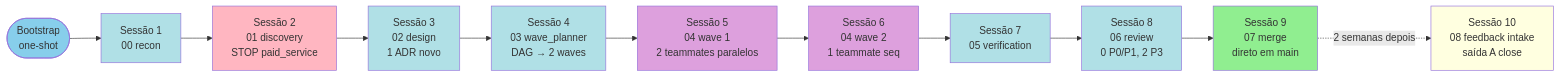
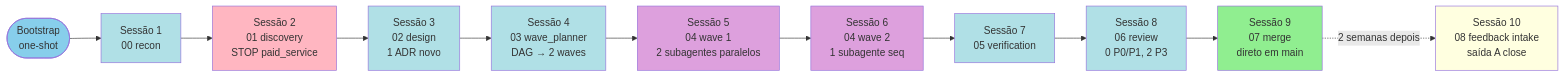
One commit to gcunharodrigues/xp-icm-workflow changed the diagram in references/example-run.md. Above: the diagram before and after it, drawn with Mermaid. The commit also changed other lines of this file and 59 other files, not shown here.

````diff
--- a/references/example-run.md
+++ b/references/example-run.md
@@ -23,25 +23,25 @@
 ```mermaid
 flowchart LR
     BOOT([Bootstrap<br/>one-shot]) --> S1[Sessão 1<br/>00 recon]
     S1 --> S2[Sessão 2<br/>01 discovery<br/>STOP paid_service]
     S2 --> S3[Sessão 3<br/>02 design<br/>1 ADR novo]
     S3 --> S4[Sessão 4<br/>03 wave_planner<br/>DAG → 2 waves]
-    S4 --> S5[Sessão 5<br/>04 wave 1<br/>2 teammates paralelos]
-    S5 --> S6[Sessão 6<br/>04 wave 2<br/>1 teammate seq]
+    S4 --> S5[Sessão 5<br/>04 wave 1<br/>2 subagentes paralelos]
+    S5 --> S6[Sessão 6<br/>04 wave 2<br/>1 subagente seq]
     S6 --> S7[Sessão 7<br/>05 verification]
     S7 --> S8[Sessão 8<br/>06 review<br/>0 P0/P1, 2 P3]
     S8 --> S9[Sessão 9<br/>07 merge<br/>direto em main]
     S9 -.->|2 semanas depois| S10[Sessão 10<br/>08 feedback intake<br/>saída A close]
 
     style BOOT fill:#87CEEB
     style S1 fill:#B0E0E6
     style S2 fill:#FFB6C1
     style S3 fill:#B0E0E6
     style S4 fill:#B0E0E6
     style S5 fill:#DDA0DD
     style S6 fill:#DDA0DD
     style S7 fill:#B0E0E6
     style S8 fill:#B0E0E6
     style S9 fill:#90EE90
     style S10 fill:#FFFFE0
 ```
````
